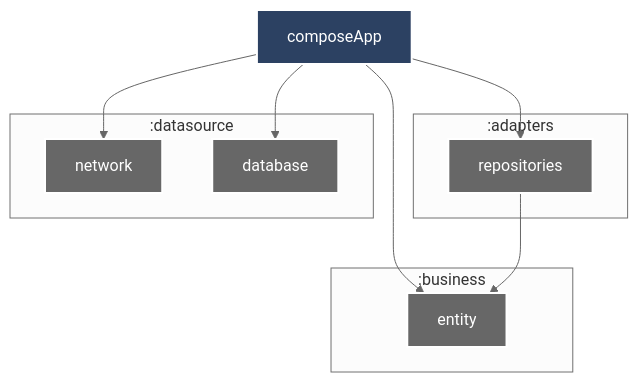
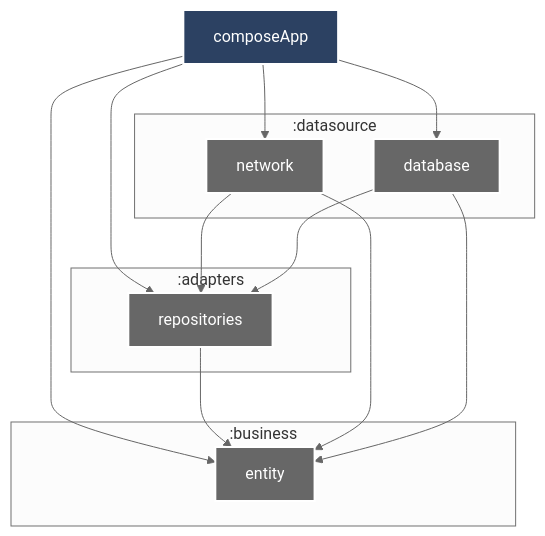
The diagram in MERMAID.md (enirsilvaferraz/Pokedex), drawn with Mermaid before and after one commit.

Commit message:
Docs: Update Mermaid diagram for module dependencies
This commit updates the Mermaid diagram in `MERMAID.md` to reflect changes in module dependencies.

The following dependency relationships have been added:
- `:datasource:network` now depends on `:business:entity`
- `:datasource:network` now depends on `:adapters:repositories`
- `:datasource:database` now depends on `:business:entity`
- `:datasource:database` now depends on `:adapters:repositories`

````diff
--- a/MERMAID.md
+++ b/MERMAID.md
@@ -3,35 +3,39 @@
 ```mermaid
 %%{
   init: {
     'theme': 'neutral'
   }
 }%%
 
 graph TB
   :composeApp["composeApp"]
   subgraph :business
     :business:entity["entity"]
   end
   subgraph :adapters
     :adapters:repositories["repositories"]
   end
   subgraph :datasource
     :datasource:network["network"]
     :datasource:database["database"]
   end
 
   :composeApp --> :business:entity
   :composeApp --> :adapters:repositories
   :composeApp --> :datasource:network
   :composeApp --> :datasource:database
-  :adapters:repositories --> :business:entity 
+  :adapters:repositories --> :business:entity
+  :datasource:network --> :business:entity
+  :datasource:network --> :adapters:repositories
+  :datasource:database --> :business:entity
+  :datasource:database --> :adapters:repositories
 
 classDef android-application fill:#2C4162,stroke:#fff,stroke-width:2px,color:#fff;
 classDef unknown fill:#676767,stroke:#fff,stroke-width:2px,color:#fff;
 class :composeApp android-application
 class :business:entity unknown
 class :adapters:repositories unknown
 class :datasource:network unknown
 class :datasource:database unknown
 
 ```
````
